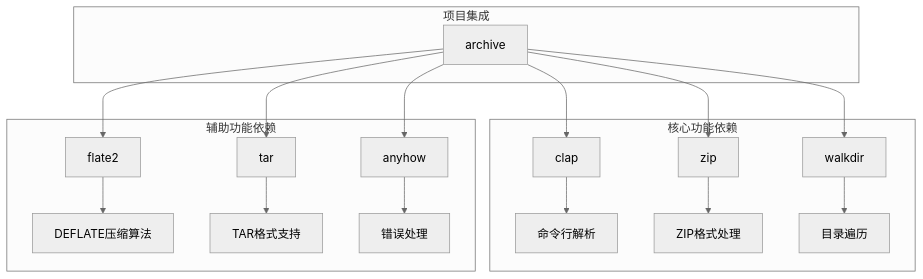
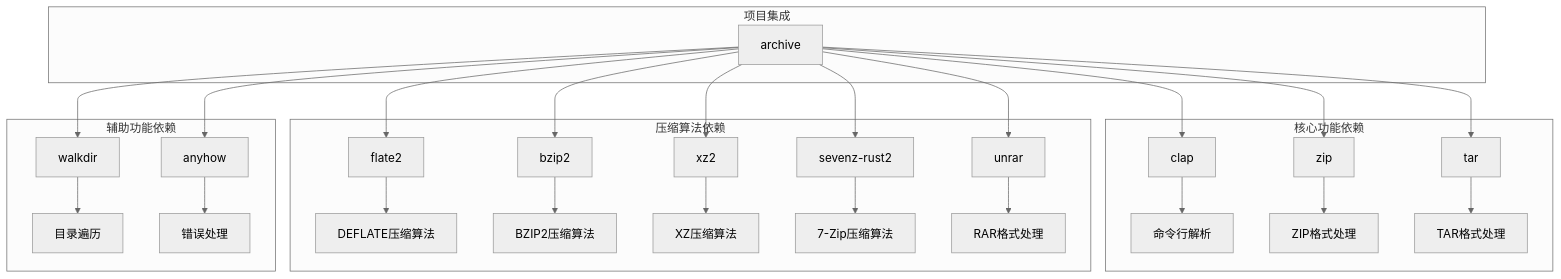
Before and after one commit to zhangjiacai-hub/myArchive: diagram 11 of 11 in .qoder/repowiki/zh/content/核心功能实现/核心功能实现.md, drawn with Mermaid (neutral theme). The commit also changed other lines of this file and 6 other files, not shown here.

````diff
--- a/.qoder/repowiki/zh/content/核心功能实现/核心功能实现.md
+++ b/.qoder/repowiki/zh/content/核心功能实现/核心功能实现.md
@@ -315,21 +577,31 @@
 ```mermaid
 graph TB
 subgraph "核心功能依赖"
 A[clap] --> B[命令行解析]
 C[zip] --> D[ZIP格式处理]
-E[walkdir] --> F[目录遍历]
+E[tar] --> F[TAR格式处理]
+end
+subgraph "压缩算法依赖"
+G[flate2] --> H[DEFLATE压缩算法]
+I[bzip2] --> J[BZIP2压缩算法]
+K[xz2] --> L[XZ压缩算法]
+M[sevenz-rust2] --> N[7-Zip压缩算法]
+O[unrar] --> P[RAR格式处理]
 end
 subgraph "辅助功能依赖"
-G[flate2] --> H[DEFLATE压缩算法]
-I[tar] --> J[TAR格式支持]
-K[anyhow] --> L[错误处理]
+Q[walkdir] --> R[目录遍历]
+S[anyhow] --> T[错误处理]
 end
 subgraph "项目集成"
-M[archive] --> A
-M --> C
-M --> E
-M --> G
-M --> I
-M --> K
+U[archive] --> A
+U --> C
+U --> E
+U --> G
+U --> I
+U --> K
+U --> M
+U --> O
+U --> Q
+U --> S
 end
 ```
````
